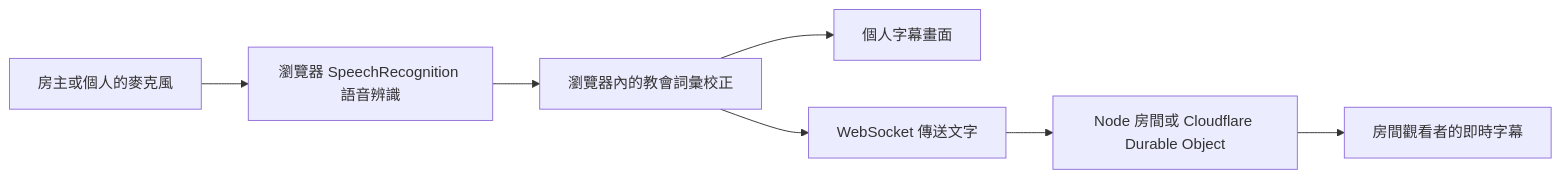
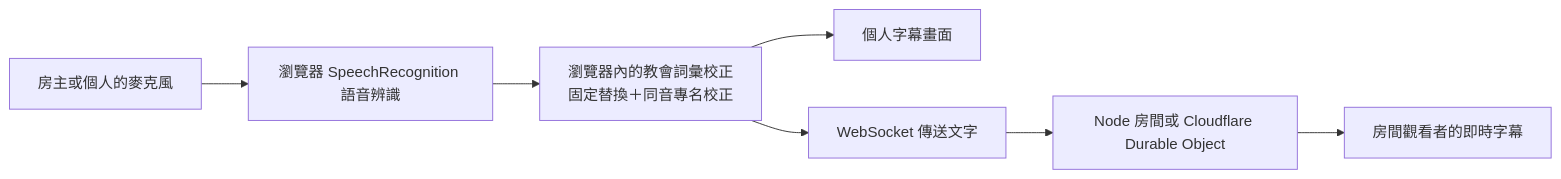
The diagram in docs/architecture-and-speech.md (timo893131/Meeting-Live-Captions), drawn with Mermaid before and after one commit. The commit also changed other lines of this file and 8 other files, not shown here.

````diff
--- a/docs/architecture-and-speech.md
+++ b/docs/architecture-and-speech.md
@@ -5,9 +5,9 @@
 ```mermaid
 flowchart LR
   Mic[房主或個人的麥克風] --> ASR[瀏覽器 SpeechRecognition 語音辨識]
-  ASR --> Terms[瀏覽器內的教會詞彙校正]
+  ASR --> Terms[瀏覽器內的教會詞彙校正<br/>固定替換＋同音專名校正]
   Terms --> Personal[個人字幕畫面]
   Terms --> WS[WebSocket 傳送文字]
   WS --> Room[Node 房間或 Cloudflare Durable Object]
   Room --> Viewers[房間觀看者的即時字幕]
 ```
````
